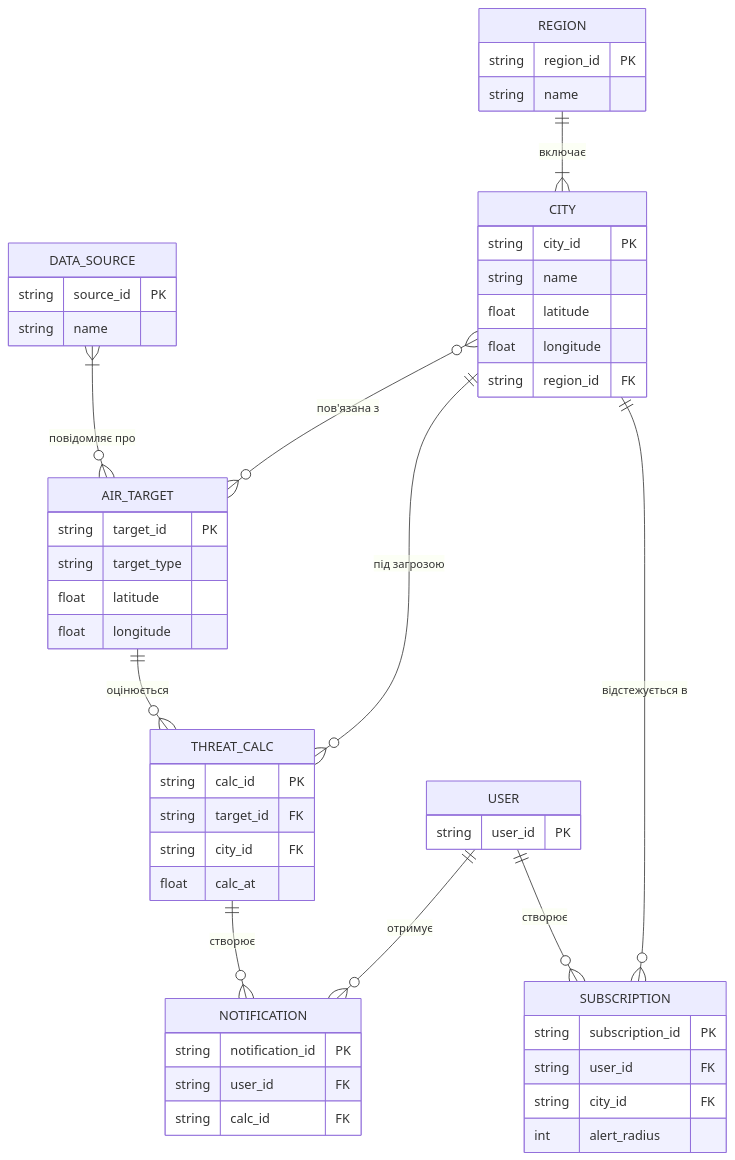
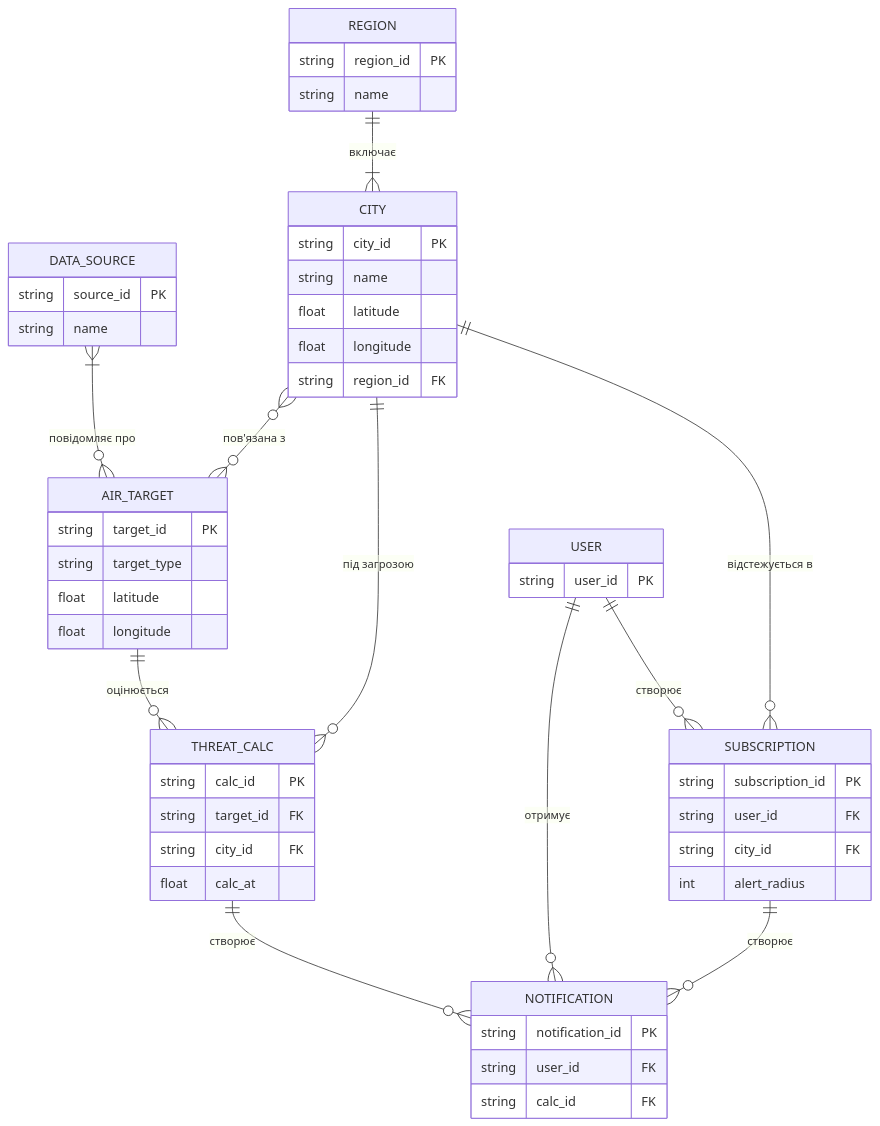
One commit to acabzonbi/aerial-target-track changed the diagram in lab1/model.mmd. Above: the diagram before and after it, drawn with Mermaid. The commit also changed 1 other file, not shown here.

Commit message:
додав зв'язок SUBSCRIPTION-NOTIFICATION

```diff
--- a/lab1/model.mmd
+++ b/lab1/model.mmd
@@ -1,62 +1,64 @@
 erDiagram
     %% Зв'язки, описані в spec.md
     REGION ||--|{ CITY : "включає"
     USER ||--o{ SUBSCRIPTION : "створює"
     DATA_SOURCE }|--o{ AIR_TARGET : "повідомляє про"
     CITY }o--o{ AIR_TARGET : "пов'язана з"
     AIR_TARGET ||--o{ THREAT_CALC : "оцінюється"
     THREAT_CALC ||--o{ NOTIFICATION : "створює"
     USER ||--o{ NOTIFICATION : "отримує"
+    %% У spec.md немає FK subscription_id у NOTIFICATION
+    SUBSCRIPTION ||--o{ NOTIFICATION : "створює"
 
     %% Зв'язки, які випливають з FK у spec.md, але не описані в розділі "Зв'язки"
     CITY ||--o{ SUBSCRIPTION : "відстежується в"
     CITY ||--o{ THREAT_CALC : "під загрозою"
 
     REGION {
         string region_id PK
         string name
     }
 
     CITY {
         string city_id PK
         string name
         float latitude
         float longitude
         string region_id FK
     }
 
     USER {
         string user_id PK
     }
 
     SUBSCRIPTION {
         string subscription_id PK
         string user_id FK
         string city_id FK
         int alert_radius
     }
 
     AIR_TARGET {
         string target_id PK
         string target_type
         float latitude
         float longitude
     }
 
     DATA_SOURCE {
         string source_id PK
         string name
     }
 
     THREAT_CALC {
         string calc_id PK
         string target_id FK
         string city_id FK
         float calc_at
     }
 
     NOTIFICATION {
         string notification_id PK
         string user_id FK
         string calc_id FK
     }
```
